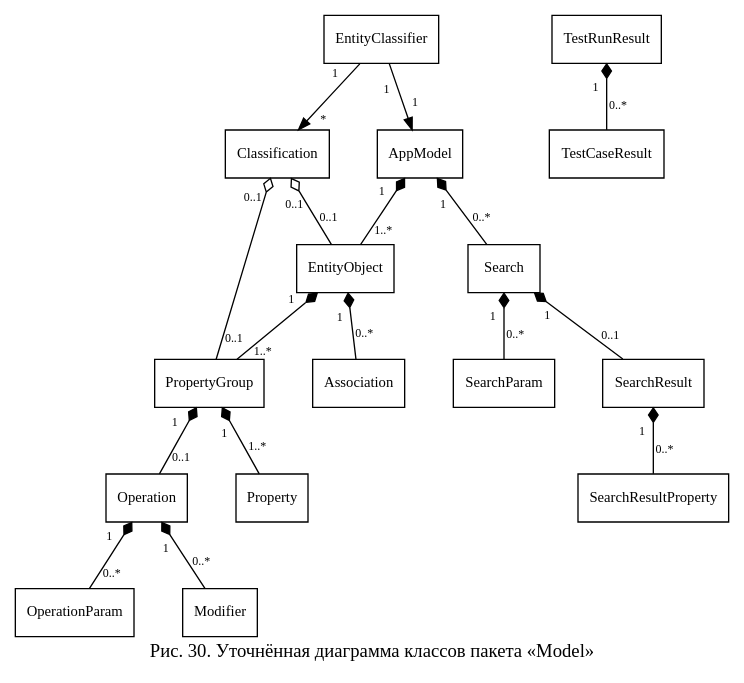
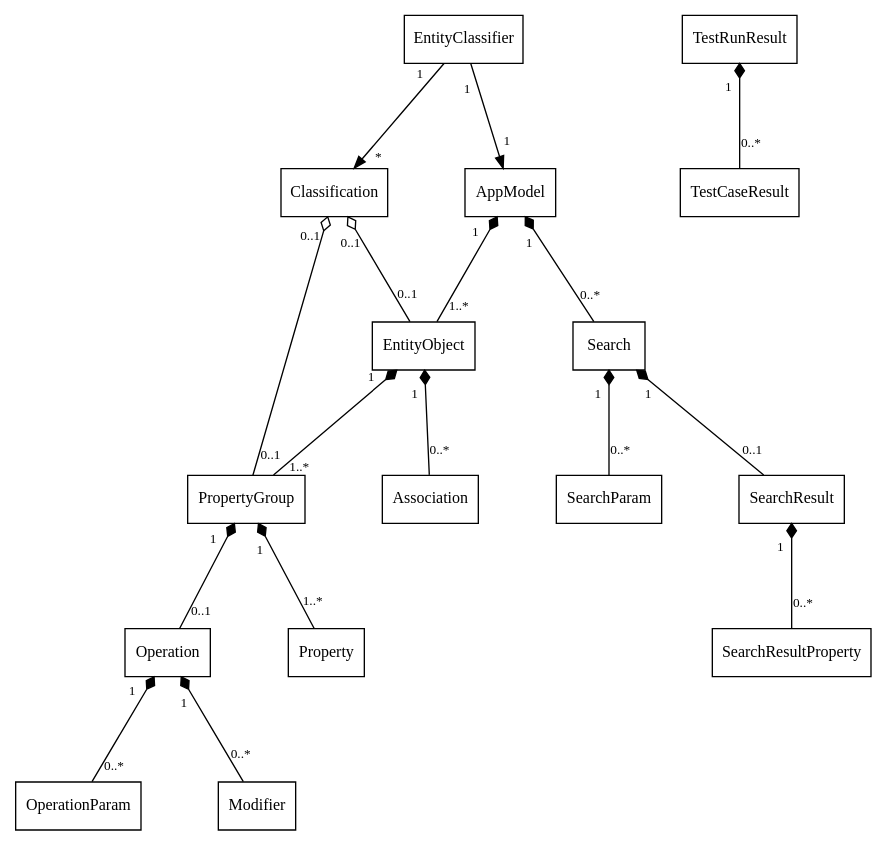
One commit to nastolbov/AutoTestGeneratorUpdate changed the diagram in diagrams/cls_model_refined.dot. Above: the diagram before and after it, drawn with Graphviz. The commit also changed 54 other files, not shown here.

First line of the commit message:
diagrams: 18 ДПС + фикс детальных (shape=record) + MD по структуре диплома

```diff
--- a/diagrams/cls_model_refined.dot
+++ b/diagrams/cls_model_refined.dot
@@ -1,43 +1,30 @@
-digraph MR {
-    rankdir=TB; fontname="Liberation Serif"; fontsize=14;
-    label="Рис. 30. Уточнённая диаграмма классов пакета «Model»"; labelloc=b;
-    nodesep=0.5; ranksep=0.7;
-    node [fontname="Liberation Serif", fontsize=11, shape=box, style=filled, fillcolor=white];
-    edge [color=black, fontname="Liberation Serif", fontsize=9, labeldistance=2.0, arrowsize=0.9];
+digraph cls_model_refined {
+    rankdir=TB; fontname="Liberation Serif";
+    nodesep=0.8; ranksep=1.1;
+    node [fontname="Liberation Serif", fontsize=12, shape=box, style=filled, fillcolor=white];
+    edge [color=black, fontname="Liberation Serif", fontsize=10, labeldistance=2.0, arrowsize=0.9];
 
-    AM  [label="AppModel"];
-    EO  [label="EntityObject"];
-    PG  [label="PropertyGroup"];
-    P   [label="Property"];
-    Op  [label="Operation"];
-    OP  [label="OperationParam"];
-    M   [label="Modifier"];
-    A   [label="Association"];
-    S   [label="Search"];
-    SP  [label="SearchParam"];
-    SR  [label="SearchResult"];
-    SRP [label="SearchResultProperty"];
-    EC  [label="EntityClassifier"];
-    CL  [label="Classification"];
-    TRR [label="TestRunResult"];
-    TCR [label="TestCaseResult"];
-
+    AM  [label="AppModel"]; EO [label="EntityObject"]; PG [label="PropertyGroup"];
+    P [label="Property"]; Op [label="Operation"]; OP [label="OperationParam"];
+    M [label="Modifier"]; A [label="Association"];
+    S [label="Search"]; SP [label="SearchParam"]; SR [label="SearchResult"]; SRP [label="SearchResultProperty"];
+    EC [label="EntityClassifier"]; CL [label="Classification"];
+    TRR [label="TestRunResult"]; TCR [label="TestCaseResult"];
     AM -> EO [arrowtail=diamond, dir=back, taillabel="1", headlabel="1..*"];
     AM -> S  [arrowtail=diamond, dir=back, taillabel="1", headlabel="0..*"];
     EO -> PG [arrowtail=diamond, dir=back, taillabel="1", headlabel="1..*"];
     EO -> A  [arrowtail=diamond, dir=back, taillabel="1", headlabel="0..*"];
     PG -> P  [arrowtail=diamond, dir=back, taillabel="1", headlabel="1..*"];
     PG -> Op [arrowtail=diamond, dir=back, taillabel="1", headlabel="0..1"];
     Op -> OP [arrowtail=diamond, dir=back, taillabel="1", headlabel="0..*"];
     Op -> M  [arrowtail=diamond, dir=back, taillabel="1", headlabel="0..*"];
     S  -> SP [arrowtail=diamond, dir=back, taillabel="1", headlabel="0..*"];
     S  -> SR [arrowtail=diamond, dir=back, taillabel="1", headlabel="0..1"];
     SR -> SRP [arrowtail=diamond, dir=back, taillabel="1", headlabel="0..*"];
     TRR -> TCR [arrowtail=diamond, dir=back, taillabel="1", headlabel="0..*"];
-
     EC -> CL [taillabel="1", headlabel="*"];
     EC -> AM [taillabel="1", headlabel="1"];
-
     CL -> EO [arrowtail=odiamond, dir=back, taillabel="0..1", headlabel="0..1"];
     CL -> PG [arrowtail=odiamond, dir=back, taillabel="0..1", headlabel="0..1"];
+
 }
```
